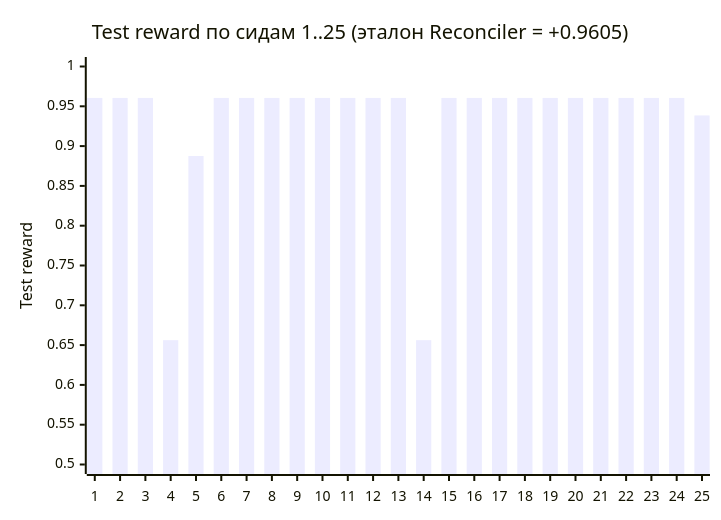
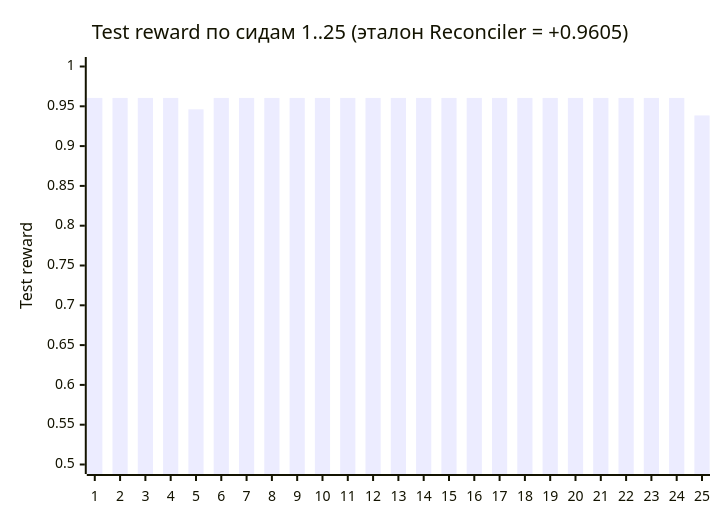
One commit to ibrahimerbol01-prog/auditgym changed the diagram in docs/reports/training_25_seeds.md. Above: the diagram before and after it, drawn with Mermaid. The commit also changed other lines of this file, not shown here.

````diff
--- a/docs/reports/training_25_seeds.md
+++ b/docs/reports/training_25_seeds.md
@@ -50,7 +50,7 @@
 ```mermaid
 xychart-beta
     title "Test reward по сидам 1..25 (эталон Reconciler = +0.9605)"
     x-axis [1, 2, 3, 4, 5, 6, 7, 8, 9, 10, 11, 12, 13, 14, 15, 16, 17, 18, 19, 20, 21, 22, 23, 24, 25]
     y-axis "Test reward" 0.5 --> 1.0
-    bar [0.9605, 0.9605, 0.9605, 0.6562, 0.8876, 0.9605, 0.9605, 0.9605, 0.9605, 0.9605, 0.9605, 0.9605, 0.9605, 0.6562, 0.9605, 0.9605, 0.9605, 0.9605, 0.9605, 0.9605, 0.9605, 0.9605, 0.9605, 0.9605, 0.9385]
+    bar [0.9605, 0.9605, 0.9605, 0.9605, 0.9462, 0.9605, 0.9605, 0.9605, 0.9605, 0.9605, 0.9605, 0.9605, 0.9605, 0.9605, 0.9605, 0.9605, 0.9605, 0.9605, 0.9605, 0.9605, 0.9605, 0.9605, 0.9605, 0.9605, 0.9385]
 ```
````
